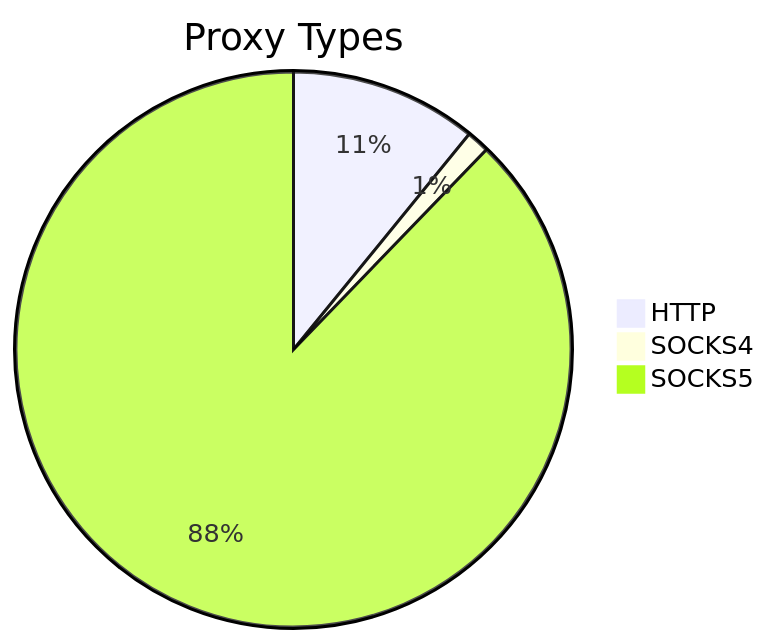
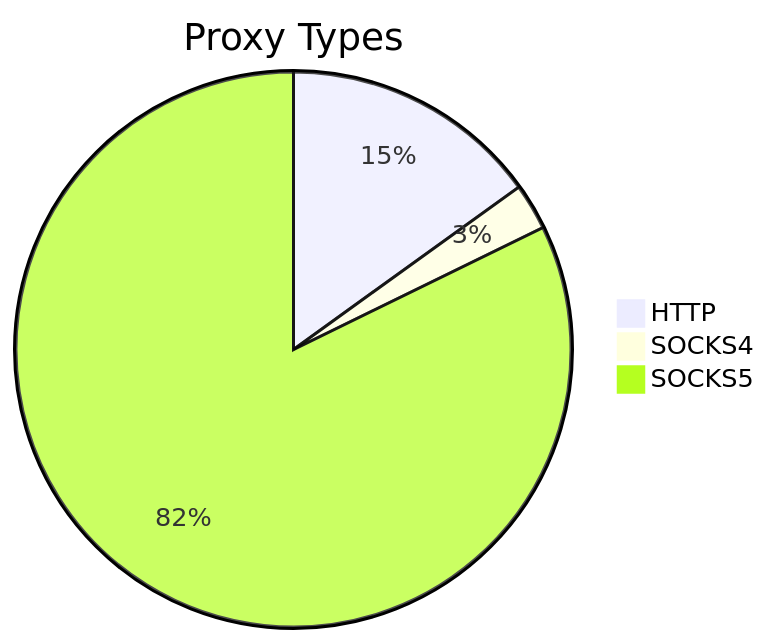
One commit to stormsia/proxy-list changed the first of 2 diagrams in README.md. Above: the diagram before and after it, drawn with Mermaid. The commit also changed other lines of this file, not shown here.

````diff
--- a/README.md
+++ b/README.md
@@ -21,6 +21,6 @@
 ```mermaid
 pie title Proxy Types
-    "HTTP" : 131
+    "HTTP" : 89
     "SOCKS4" : 16
-    "SOCKS5" : 1056
+    "SOCKS5" : 486
 ```
````
